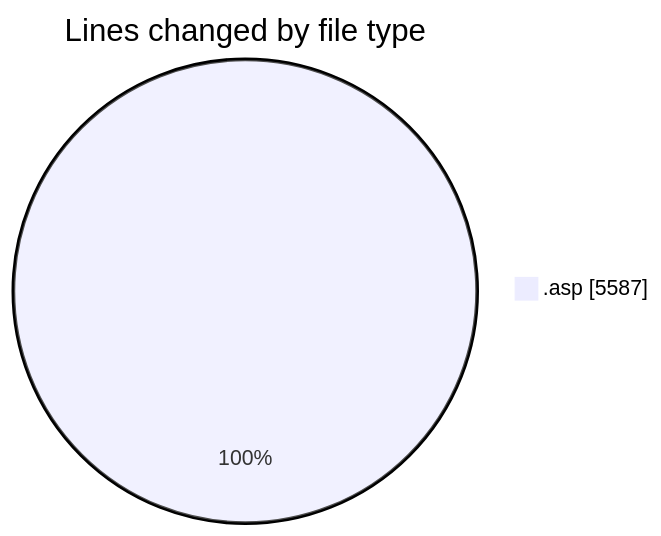
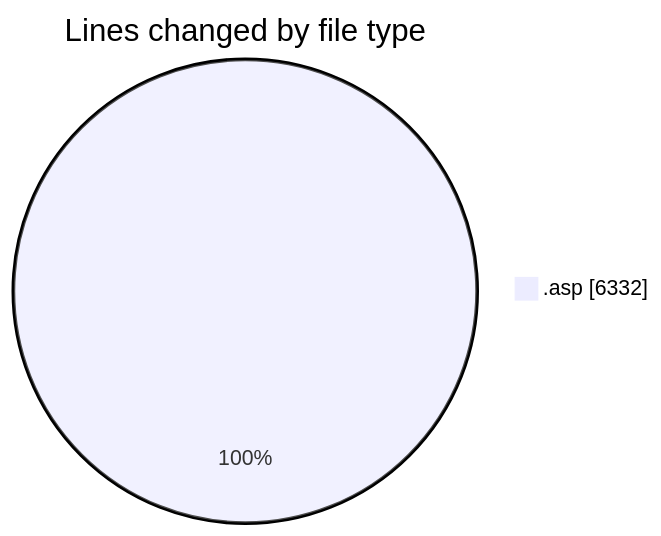
The first of 2 diagrams in 2025-11-10/cdp_aleoudev_fr__workspace_/README.md (julien-gomy/code-tracking), drawn with Mermaid before and after one commit. The commit also changed other lines of this file and 1 other file, not shown here.

````diff
--- a/2025-11-10/cdp_aleoudev_fr__workspace_/README.md
+++ b/2025-11-10/cdp_aleoudev_fr__workspace_/README.md
@@ -34,5 +35,5 @@
 ```mermaid
 pie showData
 title Lines changed by file type
-".asp" : 5587
+".asp" : 6332
 ```
````
